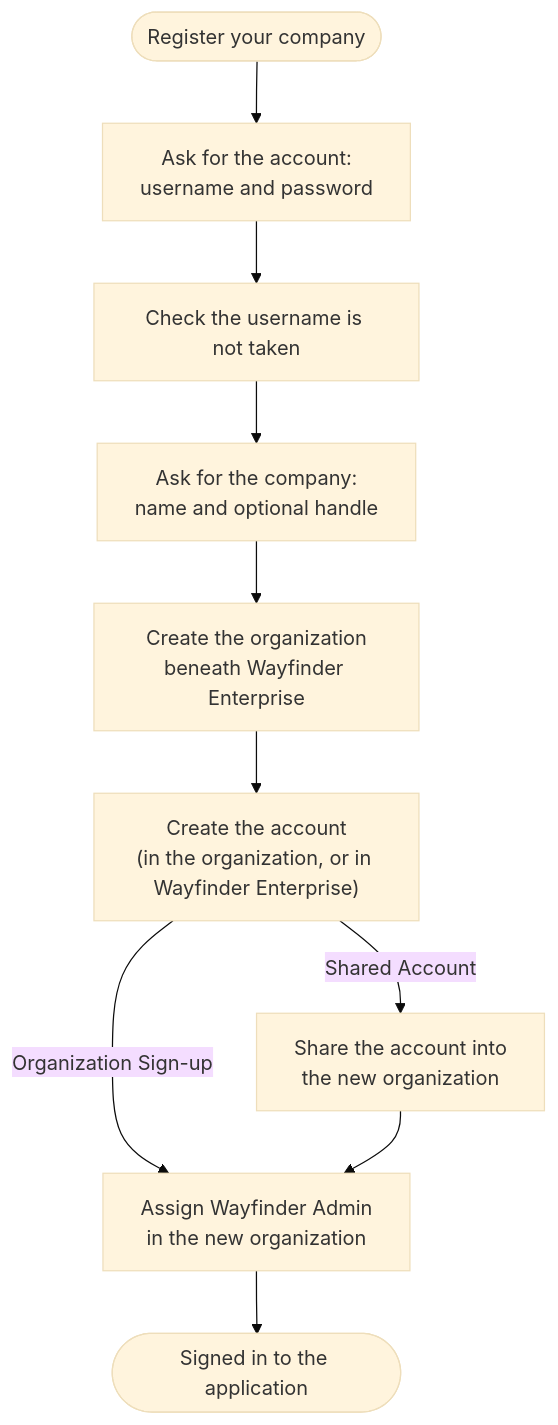
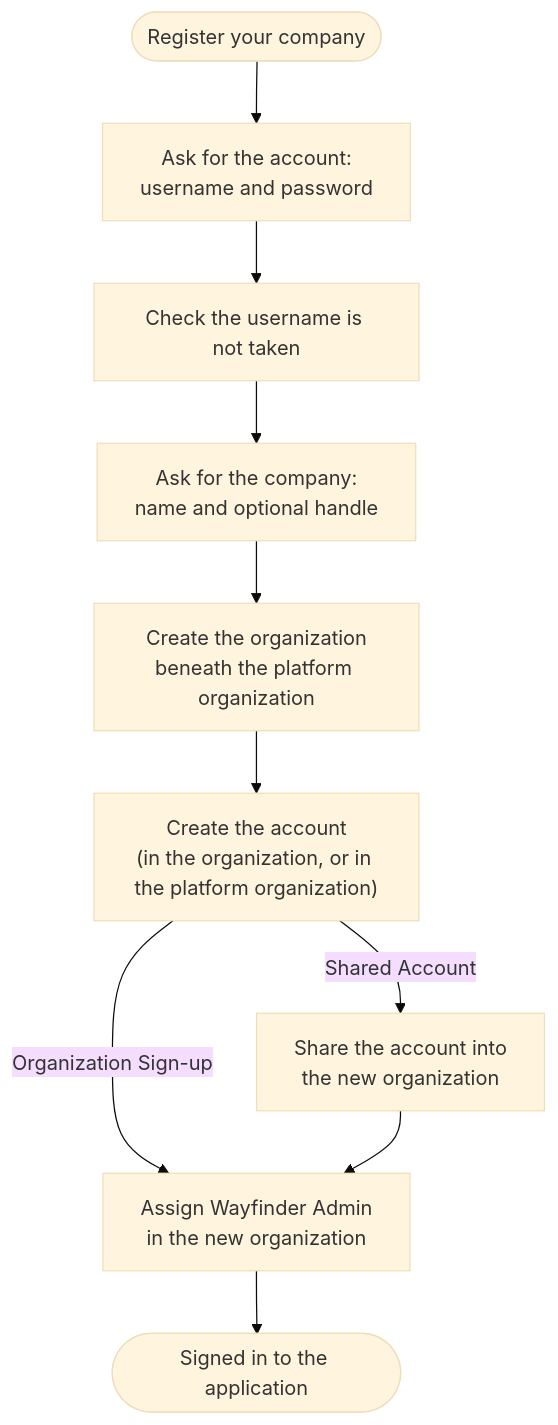
Before and after one commit to thunder-id/thunderid: the diagram in docs/content/use-cases/b2b/journeys/organization-sign-up.mdx, drawn with Mermaid (base theme). The commit also changed other lines of this file and 10 other files, not shown here.

````diff
--- a/docs/content/use-cases/b2b/journeys/organization-sign-up.mdx
+++ b/docs/content/use-cases/b2b/journeys/organization-sign-up.mdx
@@ -75,17 +75,17 @@
 ```mermaid
 flowchart TD
   start(["Register your company"])
   acct["Ask for the account:<br/>username and password"]
   check["Check the username is not taken"]
   org["Ask for the company:<br/>name and optional handle"]
-  createou["Create the organization<br/>beneath Wayfinder Enterprise"]
-  createuser["Create the account<br/>(in the organization, or in Wayfinder Enterprise)"]
+  createou["Create the organization<br/>beneath the platform organization"]
+  createuser["Create the account<br/>(in the organization, or in the platform organization)"]
   share["Share the account into<br/>the new organization"]
   roles["Assign Wayfinder Admin<br/>in the new organization"]
   done(["Signed in to the application"])
 
   start --> acct --> check --> org --> createou --> createuser
   createuser -->|Organization Sign-up| roles
   createuser -->|Shared Account| share --> roles
   roles --> done
 ```
````
